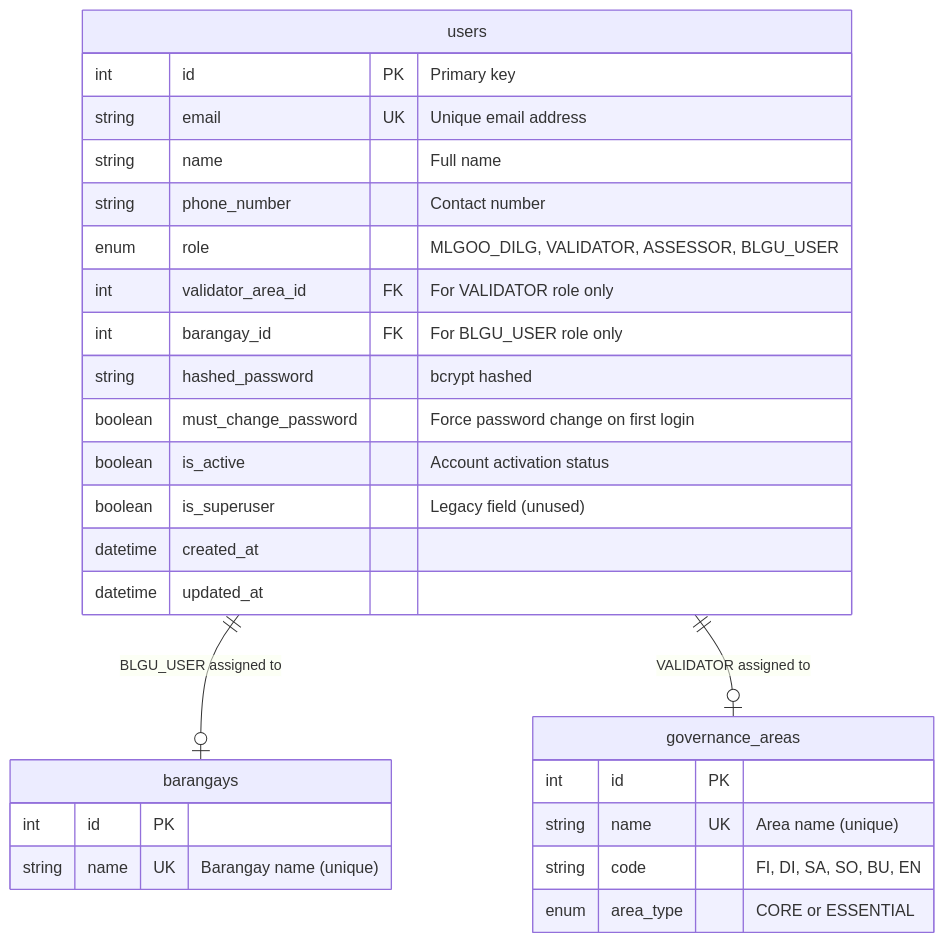
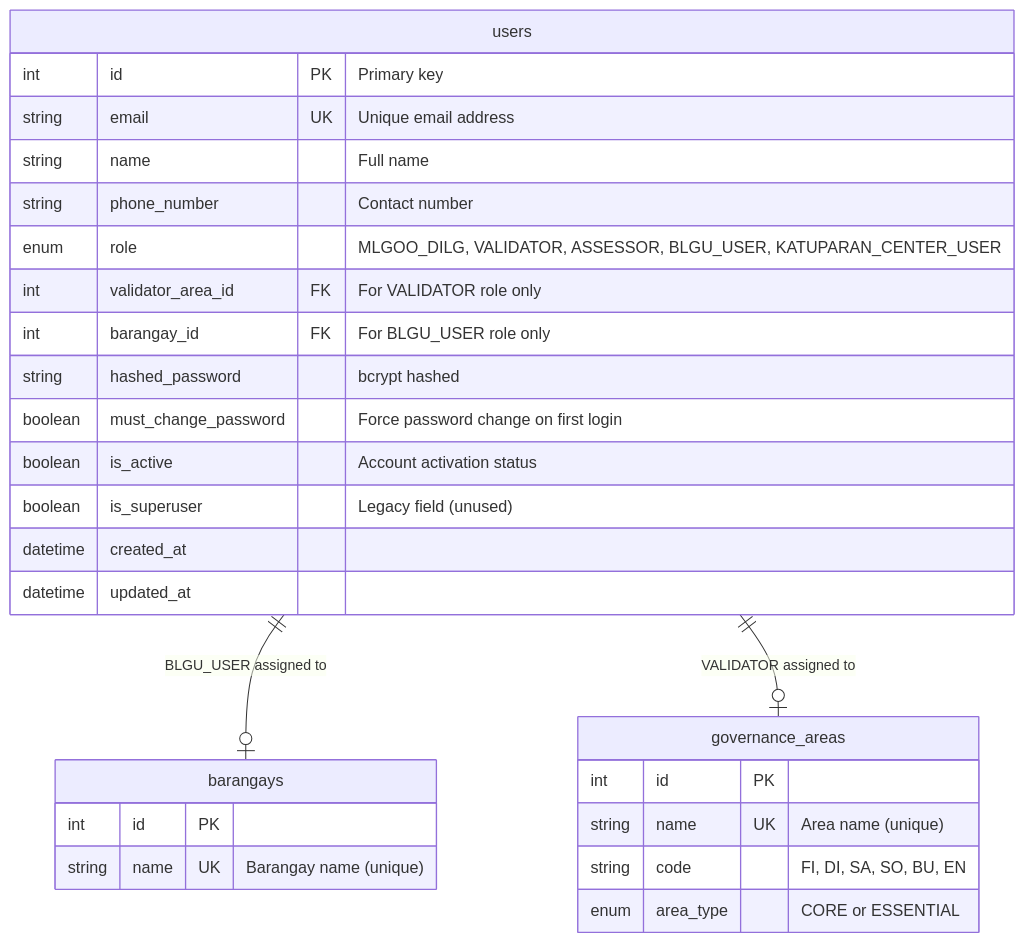
One commit to generyand/sinag changed the second of 8 diagrams in docs/architecture/database-schema.md. Above: the diagram before and after it, drawn with Mermaid. The commit also changed other lines of this file and 9 other files, not shown here.

First line of the commit message:
docs: Update architecture documentation and clean up stale files

````diff
--- a/docs/architecture/database-schema.md
+++ b/docs/architecture/database-schema.md
@@ -271,33 +308,33 @@
 ```mermaid
 erDiagram
     users ||--o| barangays : "BLGU_USER assigned to"
     users ||--o| governance_areas : "VALIDATOR assigned to"
 
     users {
         int id PK "Primary key"
         string email UK "Unique email address"
         string name "Full name"
         string phone_number "Contact number"
-        enum role "MLGOO_DILG, VALIDATOR, ASSESSOR, BLGU_USER"
+        enum role "MLGOO_DILG, VALIDATOR, ASSESSOR, BLGU_USER, KATUPARAN_CENTER_USER"
         int validator_area_id FK "For VALIDATOR role only"
         int barangay_id FK "For BLGU_USER role only"
         string hashed_password "bcrypt hashed"
         boolean must_change_password "Force password change on first login"
         boolean is_active "Account activation status"
         boolean is_superuser "Legacy field (unused)"
         datetime created_at
         datetime updated_at
     }
 
     barangays {
         int id PK
         string name UK "Barangay name (unique)"
     }
 
     governance_areas {
         int id PK
         string name UK "Area name (unique)"
         string code "FI, DI, SA, SO, BU, EN"
         enum area_type "CORE or ESSENTIAL"
     }
 ```
````
